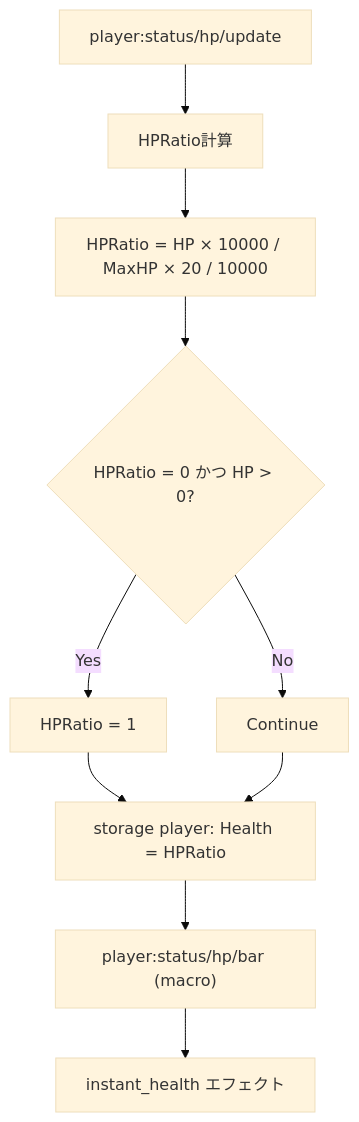
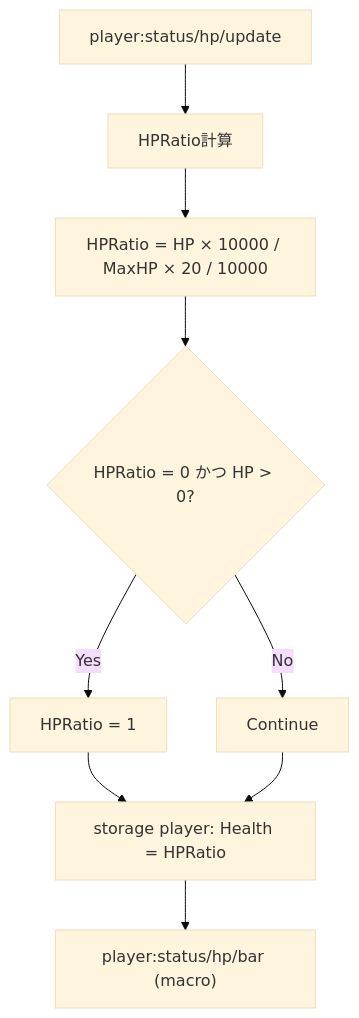
One commit to Avuorina/MinecraftLikeRPG changed the seventh of 8 diagrams in Flow.md. Above: the diagram before and after it, drawn with Mermaid (base theme). The commit also changed other lines of this file, not shown here.

Commit message:
🐛Mermaidのバグを修正

````diff
--- a/Flow.md
+++ b/Flow.md
@@ -369,12 +369,11 @@
 ```mermaid
 graph TD
     Update["player:status/hp/update"] --> Calc["HPRatio計算"]
     Calc --> Store["HPRatio = HP × 10000 / MaxHP × 20 / 10000"]
-    Store --> Check{HPRatio = 0 かつ HP > 0?}
+    Store --> Check{"HPRatio = 0 かつ HP > 0?"}
     Check -->|Yes| SetMin["HPRatio = 1"]
     Check -->|No| Continue
     SetMin --> Apply
     Continue --> Apply["storage player: Health = HPRatio"]
     Apply --> Bar["player:status/hp/bar (macro)"]
-    Bar --> Effect["instant_health エフェクト"]
 ```
````
